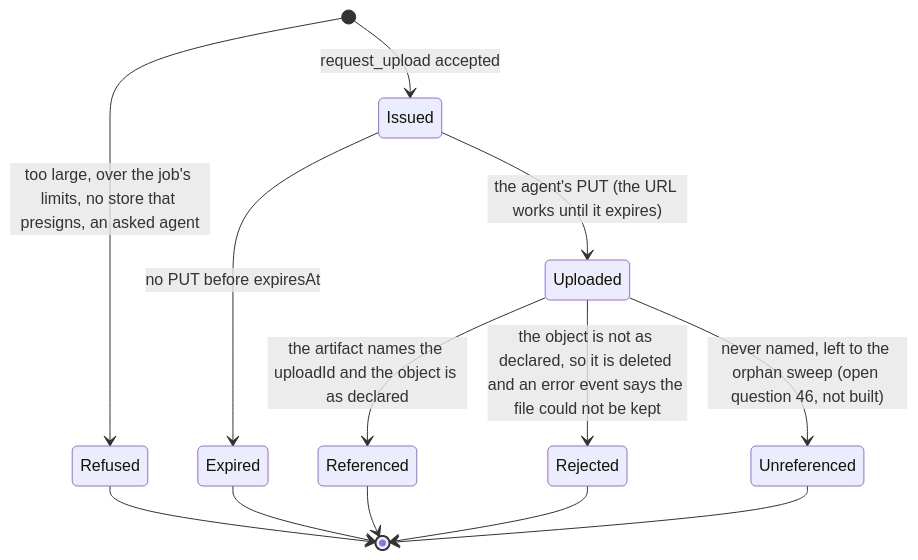
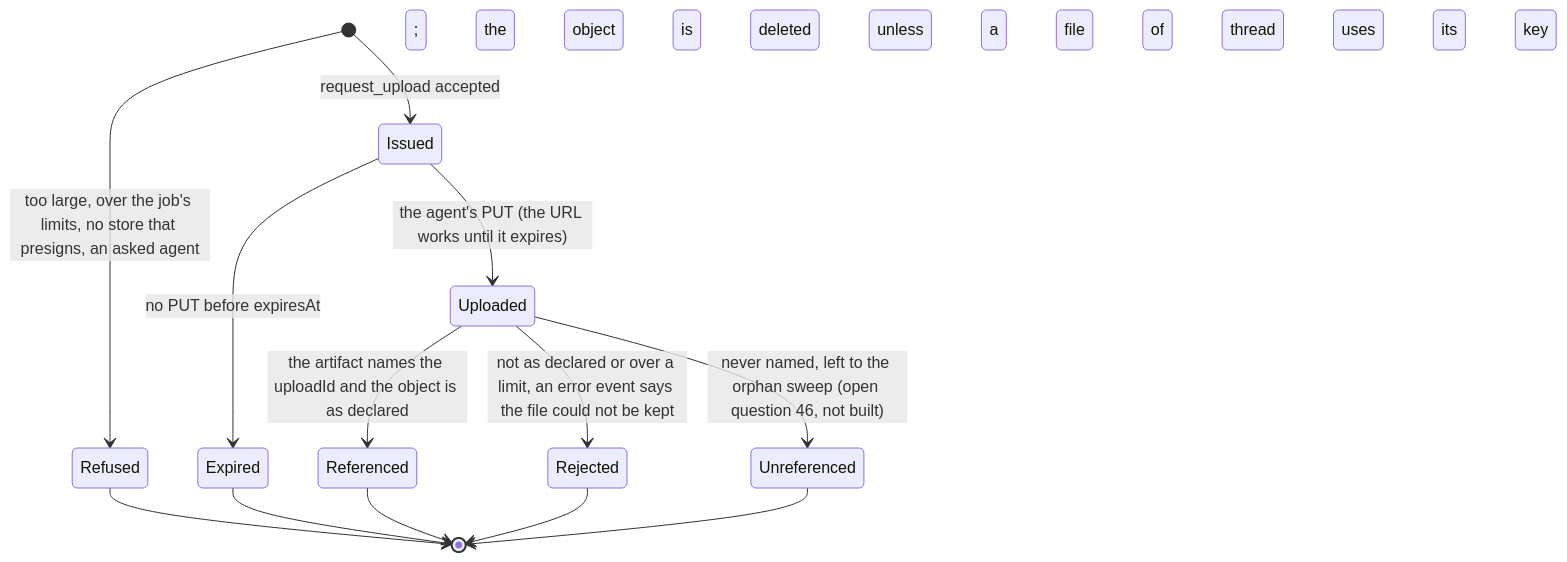
One commit to vymalo/another-agentic-system changed the second of 2 diagrams in docs/api/uploads-v1.md. Above: the diagram before and after it, drawn with Mermaid. The commit also changed other lines of this file and 82 other files, not shown here.

````diff
--- a/docs/api/uploads-v1.md
+++ b/docs/api/uploads-v1.md
@@ -55,15 +58,15 @@
 ```mermaid
 stateDiagram-v2
   [*] --> Refused: too large, over the job's limits, no store that presigns, an asked agent
   [*] --> Issued: request_upload accepted
   Issued --> Uploaded: the agent's PUT (the URL works until it expires)
   Issued --> Expired: no PUT before expiresAt
   Uploaded --> Referenced: the artifact names the uploadId and the object is as declared
-  Uploaded --> Rejected: the object is not as declared, so it is deleted and an error event says the file could not be kept
+  Uploaded --> Rejected: not as declared or over a limit, an error event says the file could not be kept; the object is deleted unless a file of the thread uses its key
   Uploaded --> Unreferenced: never named, left to the orphan sweep (open question 46, not built)
   Refused --> [*]
   Expired --> [*]
   Referenced --> [*]
   Rejected --> [*]
   Unreferenced --> [*]
 ```
````
